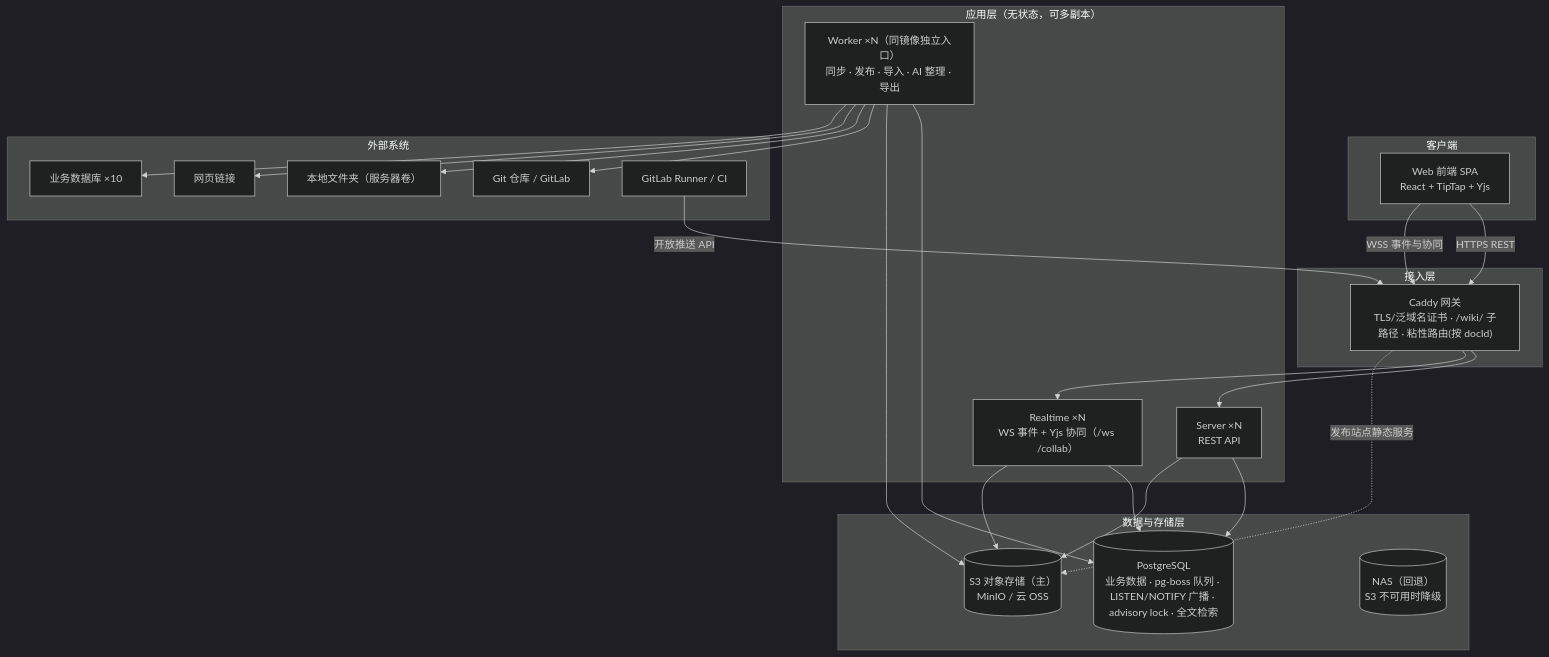
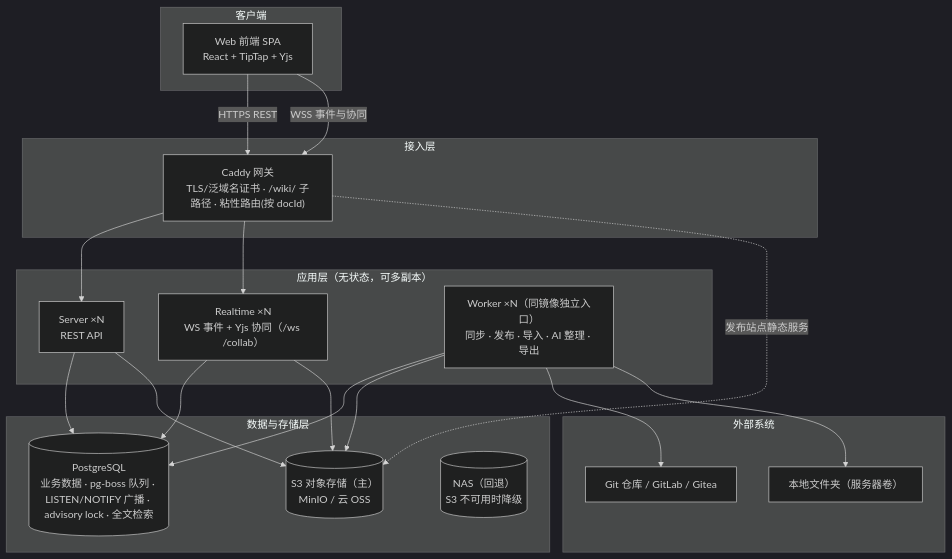
Before and after one commit to PorYoung/wiki-space: the first of 7 diagrams in docs/DESIGN.md, drawn with Mermaid (dark theme). The commit also changed other lines of this file and 64 other files, not shown here.

````diff
--- a/docs/DESIGN.md
+++ b/docs/DESIGN.md
@@ -81,42 +83,36 @@
 ```mermaid
 graph TB
     subgraph Client["客户端"]
         WEB["Web 前端 SPA<br/>React + TipTap + Yjs"]
     end
     subgraph Edge["接入层"]
         CDY["Caddy 网关<br/>TLS/泛域名证书 · /wiki/ 子路径 · 粘性路由(按 docId)"]
     end
     subgraph App["应用层（无状态，可多副本）"]
         SRV["Server ×N<br/>REST API"]
         RT["Realtime ×N<br/>WS 事件 + Yjs 协同（/ws /collab）"]
         WK["Worker ×N（同镜像独立入口）<br/>同步 · 发布 · 导入 · AI 整理 · 导出"]
     end
     subgraph Data["数据与存储层"]
         PG[("PostgreSQL<br/>业务数据 · pg-boss 队列 · LISTEN/NOTIFY 广播 · advisory lock · 全文检索")]
         S3[("S3 对象存储（主）<br/>MinIO / 云 OSS")]
         NAS[("NAS（回退）<br/>S3 不可用时降级")]
     end
     subgraph Ext["外部系统"]
-        GIT["Git 仓库 / GitLab"]
+        GIT["Git 仓库 / GitLab / Gitea"]
         LOC["本地文件夹（服务器卷）"]
-        WEBSRC["网页链接"]
-        DBS["业务数据库 ×10"]
-        RUNNER["GitLab Runner / CI"]
     end
     WEB -->|HTTPS REST| CDY
     WEB -->|WSS 事件与协同| CDY
     CDY --> SRV
     CDY --> RT
     RT --> PG
     RT --> S3
     SRV --> PG
     SRV --> S3
     WK --> PG
     WK --> S3
     WK --> GIT
     WK --> LOC
-    WK --> WEBSRC
-    WK --> DBS
-    RUNNER -->|开放推送 API| CDY
     CDY -.->|发布站点静态服务| S3
 ```
````
